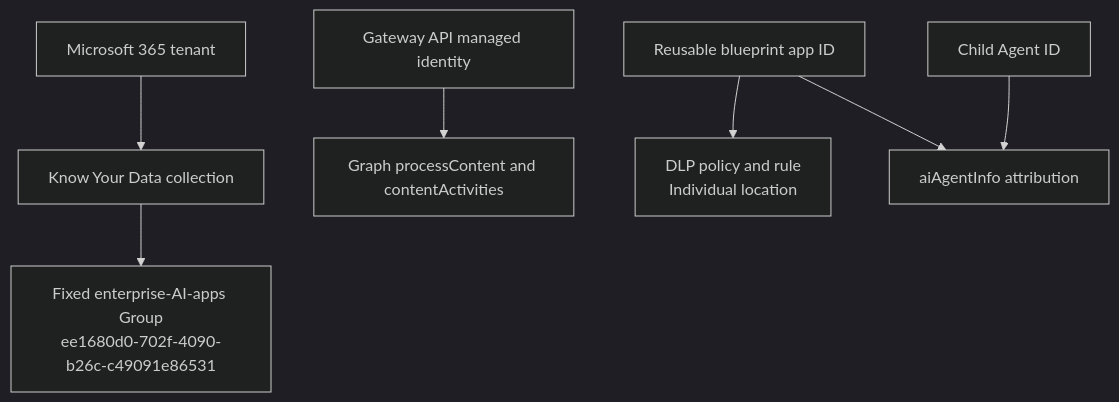
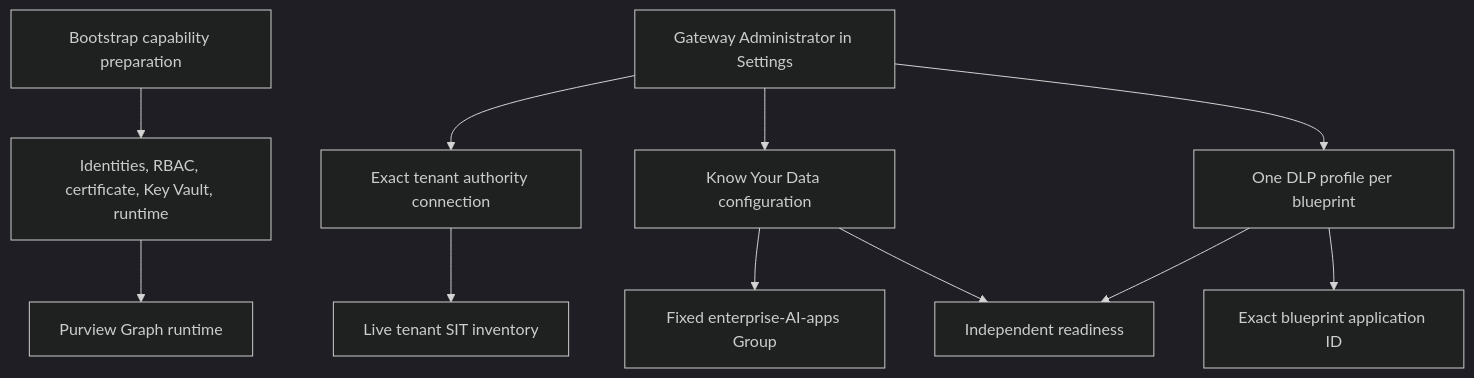
Before and after one commit to patrick-shim/a365-custom-gateway: the diagram in docs/operations/purview-setup-runbook.md, drawn with Mermaid (dark theme). The commit also changed other lines of this file and 342 other files, not shown here.

First line of the commit message:
feat: move protection governance into Gateway Settings

````diff
--- a/docs/operations/purview-setup-runbook.md
+++ b/docs/operations/purview-setup-runbook.md
@@ -13,9 +28,13 @@
 ```mermaid
 flowchart TD
-    Tenant[Microsoft 365 tenant] --> KYD[Know Your Data collection]
-    KYD --> Group[Fixed enterprise-AI-apps Group<br/>ee1680d0-702f-4090-b26c-c49091e86531]
-    Blueprint[Reusable blueprint app ID] --> DLP[DLP policy and rule<br/>Individual location]
-    Gateway[Gateway API managed identity] --> Runtime[Graph processContent and contentActivities]
-    Child[Child Agent ID] --> Attribution[aiAgentInfo attribution]
-    Blueprint --> Attribution
+    Bootstrap[Bootstrap capability preparation] --> Identity[Identities, RBAC, certificate, Key Vault, runtime]
+    Admin[Gateway Administrator in Settings] --> Connection[Exact tenant authority connection]
+    Connection --> Inventory[Live tenant SIT inventory]
+    Admin --> KYD[Know Your Data configuration]
+    Admin --> DLP[One DLP profile per blueprint]
+    KYD --> Group[Fixed enterprise-AI-apps Group]
+    DLP --> Individual[Exact blueprint application ID]
+    Identity --> Runtime[Purview Graph runtime]
+    KYD --> Ready[Independent readiness]
+    DLP --> Ready
 ```
````
